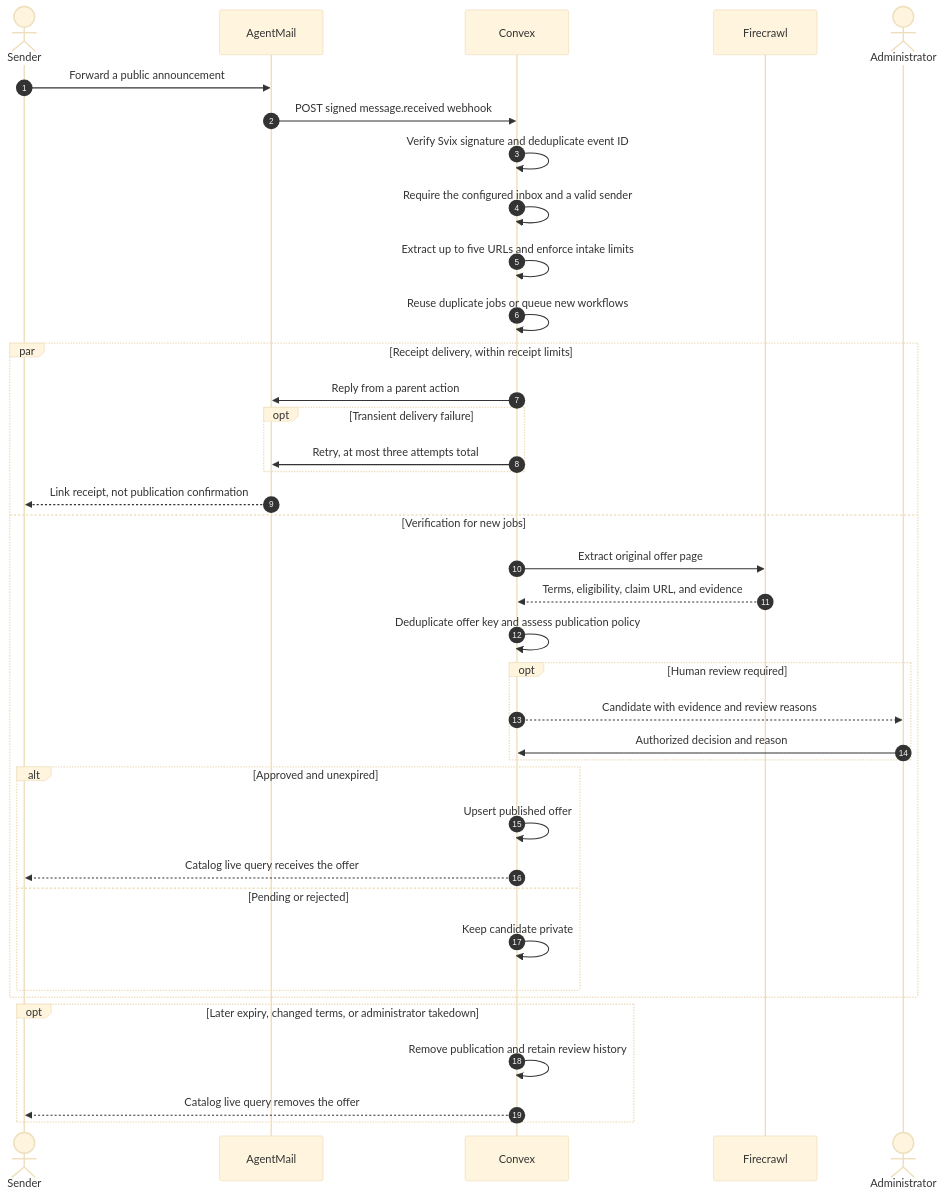
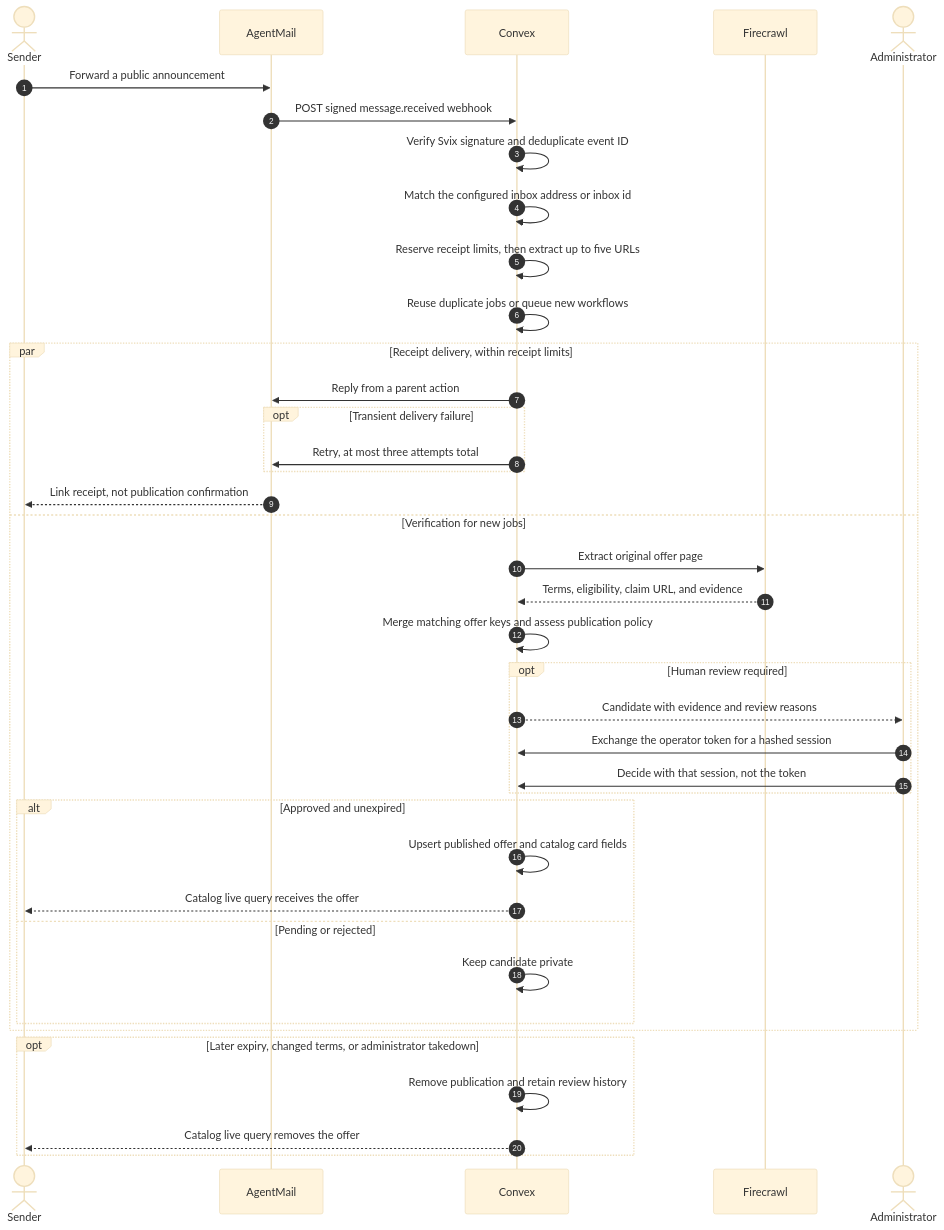
Before and after one commit to sansynx/perkdrop-click: the diagram in hackathon.md, drawn with Mermaid (base theme). The commit also changed 3 other files, not shown here.

Commit message:
Fix CI formatting and align intake diagrams.

````diff
--- a/hackathon.md
+++ b/hackathon.md
@@ -73,40 +73,41 @@
 ```mermaid
 sequenceDiagram
     autonumber
     actor Sender
     participant Mail as AgentMail
     participant Backend as Convex
     participant Crawler as Firecrawl
     actor Admin as Administrator
     Sender->>Mail: Forward a public announcement
     Mail->>Backend: POST signed message.received webhook
     Backend->>Backend: Verify Svix signature and deduplicate event ID
-    Backend->>Backend: Require the configured inbox and a valid sender
-    Backend->>Backend: Extract up to five URLs and enforce intake limits
+    Backend->>Backend: Match the configured inbox address or inbox id
+    Backend->>Backend: Reserve receipt limits, then extract up to five URLs
     Backend->>Backend: Reuse duplicate jobs or queue new workflows
     par Receipt delivery, within receipt limits
         Backend->>Mail: Reply from a parent action
         opt Transient delivery failure
             Backend->>Mail: Retry, at most three attempts total
         end
         Mail-->>Sender: Link receipt, not publication confirmation
     and Verification for new jobs
         Backend->>Crawler: Extract original offer page
         Crawler-->>Backend: Terms, eligibility, claim URL, and evidence
-        Backend->>Backend: Deduplicate offer key and assess publication policy
+        Backend->>Backend: Merge matching offer keys and assess publication policy
         opt Human review required
             Backend-->>Admin: Candidate with evidence and review reasons
-            Admin->>Backend: Authorized decision and reason
+            Admin->>Backend: Exchange the operator token for a hashed session
+            Admin->>Backend: Decide with that session, not the token
         end
         alt Approved and unexpired
-            Backend->>Backend: Upsert published offer
+            Backend->>Backend: Upsert published offer and catalog card fields
             Backend-->>Sender: Catalog live query receives the offer
         else Pending or rejected
             Backend->>Backend: Keep candidate private
         end
     end
     opt Later expiry, changed terms, or administrator takedown
         Backend->>Backend: Remove publication and retain review history
         Backend-->>Sender: Catalog live query removes the offer
     end
 ```
````
